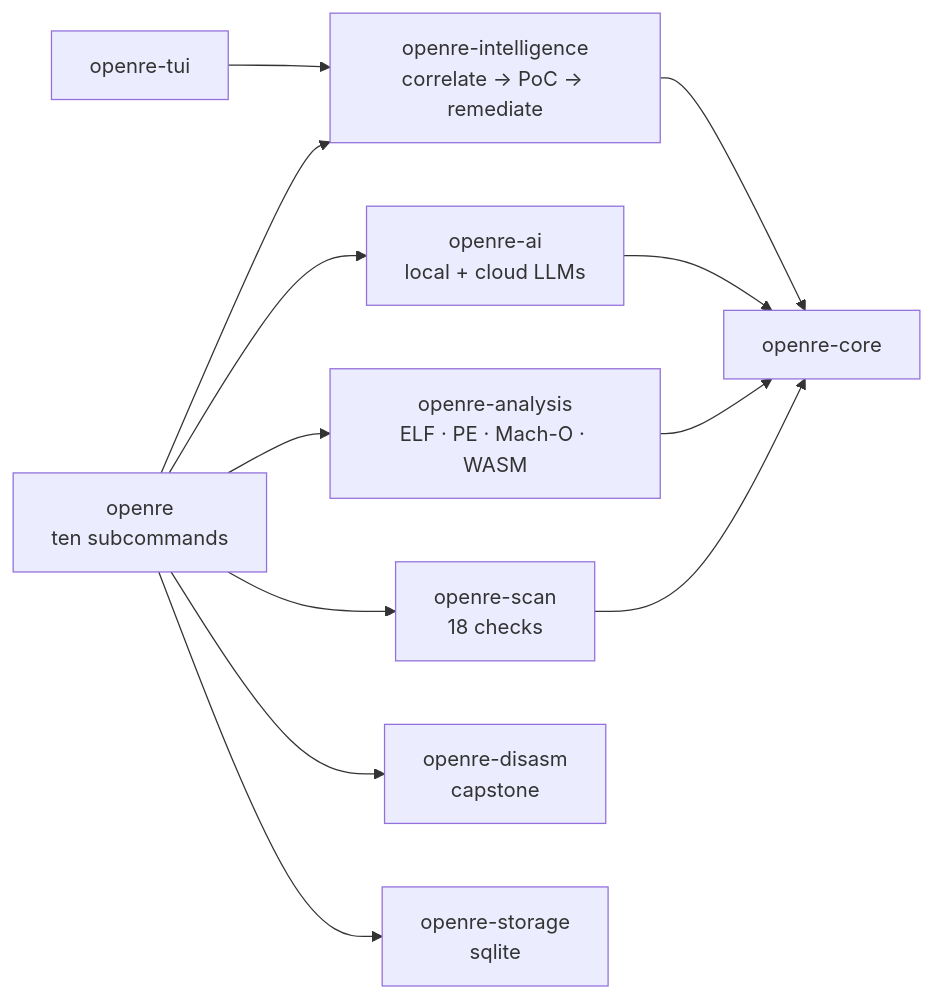
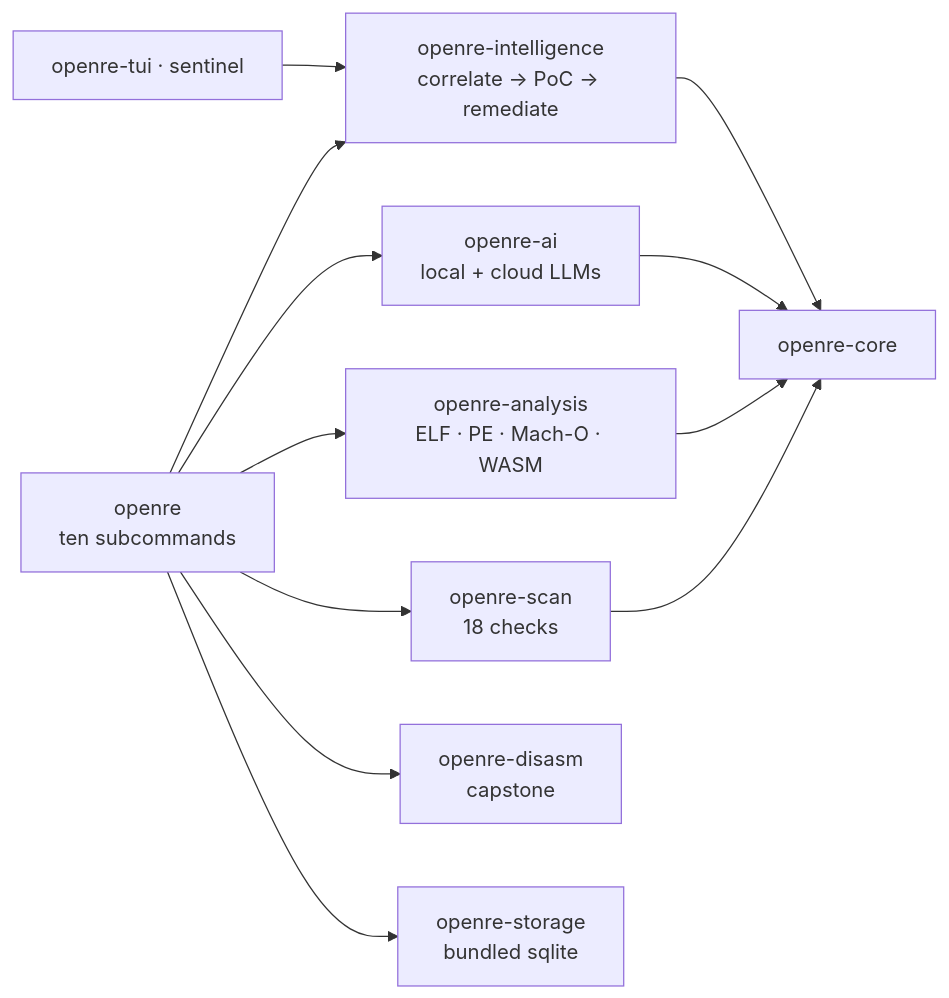
Before and after one commit to RXVEN-1907/open-re: the diagram in README.md, drawn with Mermaid. The commit also changed other lines of this file and 13 other files, not shown here.

````diff
--- a/README.md
+++ b/README.md
@@ -151,14 +344,14 @@
 ```mermaid
 flowchart LR
     CLI["openre<br/>ten subcommands"] --> SCAN["openre-scan<br/>18 checks"]
     CLI --> ANALYSIS["openre-analysis<br/>ELF · PE · Mach-O · WASM"]
     CLI --> AI["openre-ai<br/>local + cloud LLMs"]
     CLI --> INTEL["openre-intelligence<br/>correlate → PoC → remediate"]
     CLI --> DISASM["openre-disasm<br/>capstone"]
     SCAN --> CORE["openre-core"]
     ANALYSIS --> CORE
     AI --> CORE
     INTEL --> CORE
-    CLI --> STORAGE["openre-storage<br/>sqlite"]
-    TUI["openre-tui"] --> INTEL
+    CLI --> STORAGE["openre-storage<br/>bundled sqlite"]
+    TUI["openre-tui · sentinel"] --> INTEL
 ```
````
